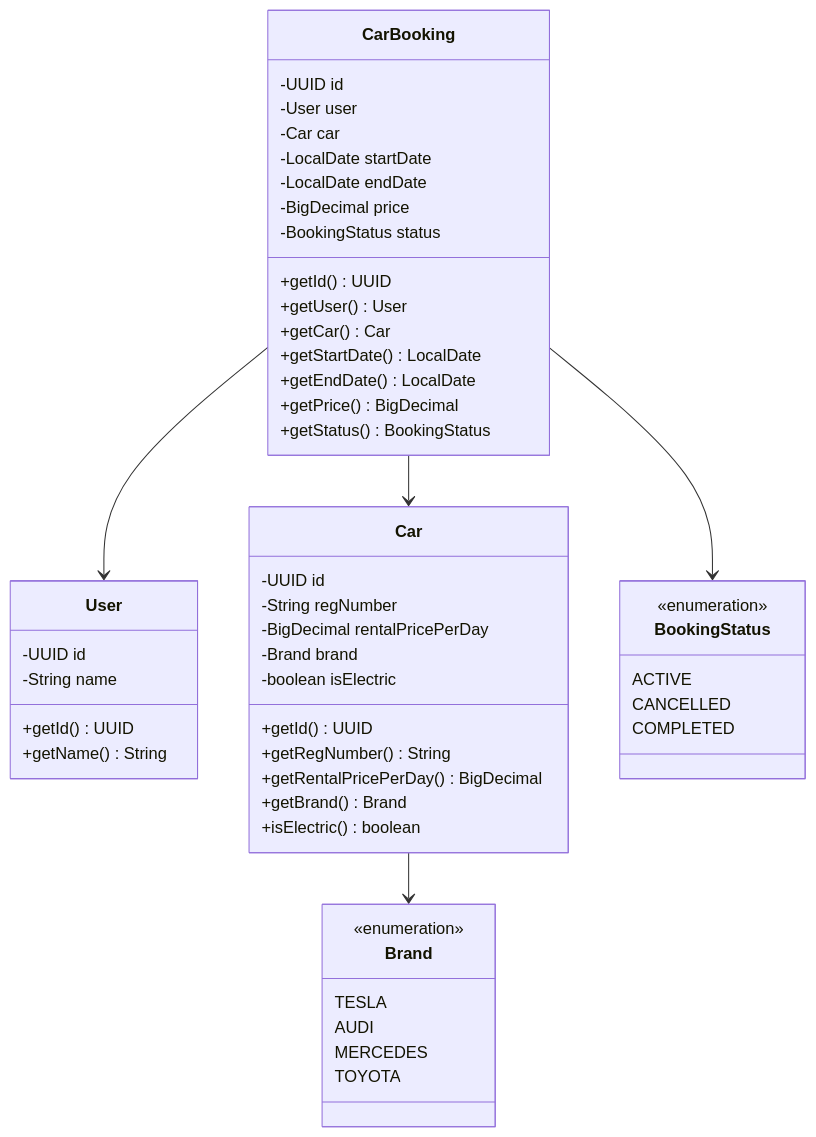
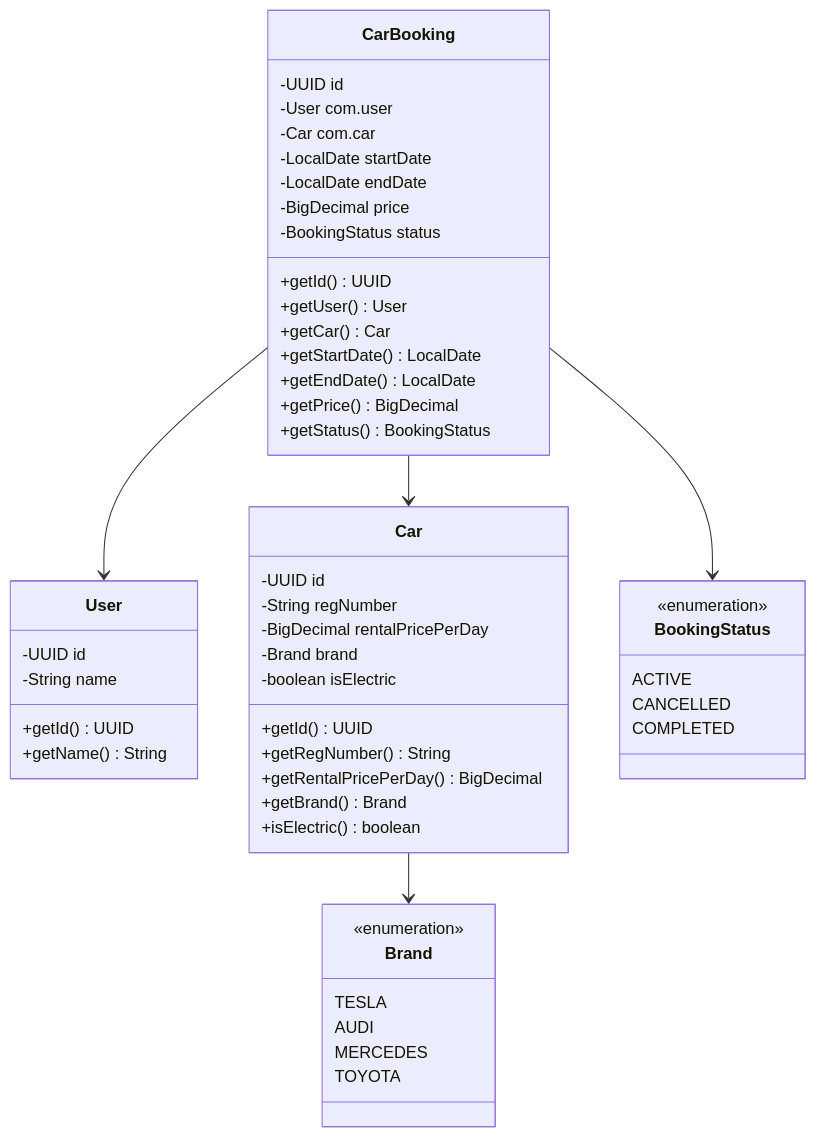
One commit to F1N1X/car-booking changed the fourth of 10 diagrams in README.md. Above: the diagram before and after it, drawn with Mermaid. The commit also changed other lines of this file and 26 other files, not shown here.

````diff
--- a/README.md
+++ b/README.md
@@ -128,59 +128,59 @@
 ```mermaid
 classDiagram
     class User {
         -UUID id
         -String name
         +getId() UUID
         +getName() String
     }
 
     class Car {
         -UUID id
         -String regNumber
         -BigDecimal rentalPricePerDay
         -Brand brand
         -boolean isElectric
         +getId() UUID
         +getRegNumber() String
         +getRentalPricePerDay() BigDecimal
         +getBrand() Brand
         +isElectric() boolean
     }
 
     class CarBooking {
         -UUID id
-        -User user
-        -Car car
+        -User com.user
+        -Car com.car
         -LocalDate startDate
         -LocalDate endDate
         -BigDecimal price
         -BookingStatus status
         +getId() UUID
         +getUser() User
         +getCar() Car
         +getStartDate() LocalDate
         +getEndDate() LocalDate
         +getPrice() BigDecimal
         +getStatus() BookingStatus
     }
 
     class Brand {
         <<enumeration>>
         TESLA
         AUDI
         MERCEDES
         TOYOTA
     }
 
     class BookingStatus {
         <<enumeration>>
         ACTIVE
         CANCELLED
         COMPLETED
     }
 
     CarBooking --> User
     CarBooking --> Car
     CarBooking --> BookingStatus
     Car --> Brand
 ```
````
